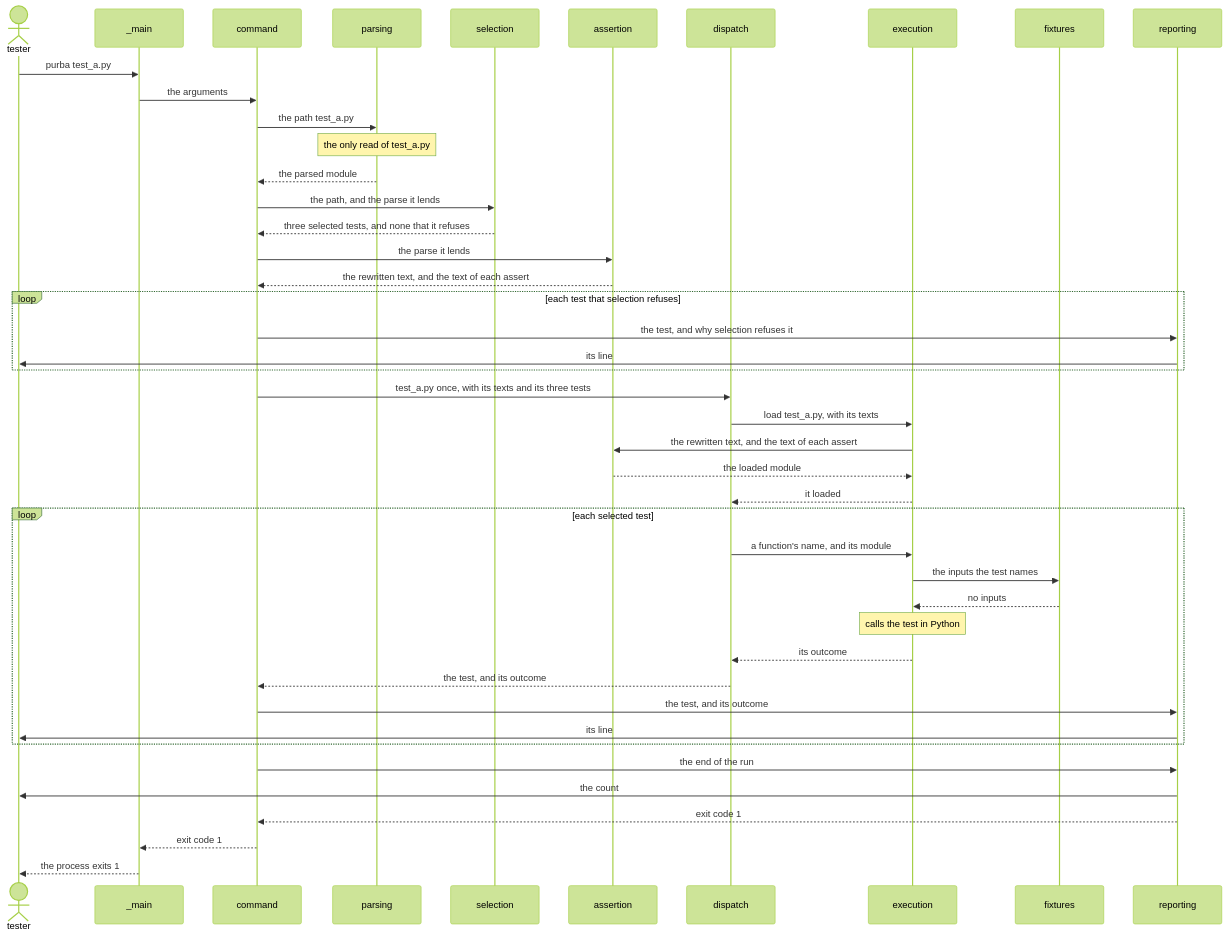
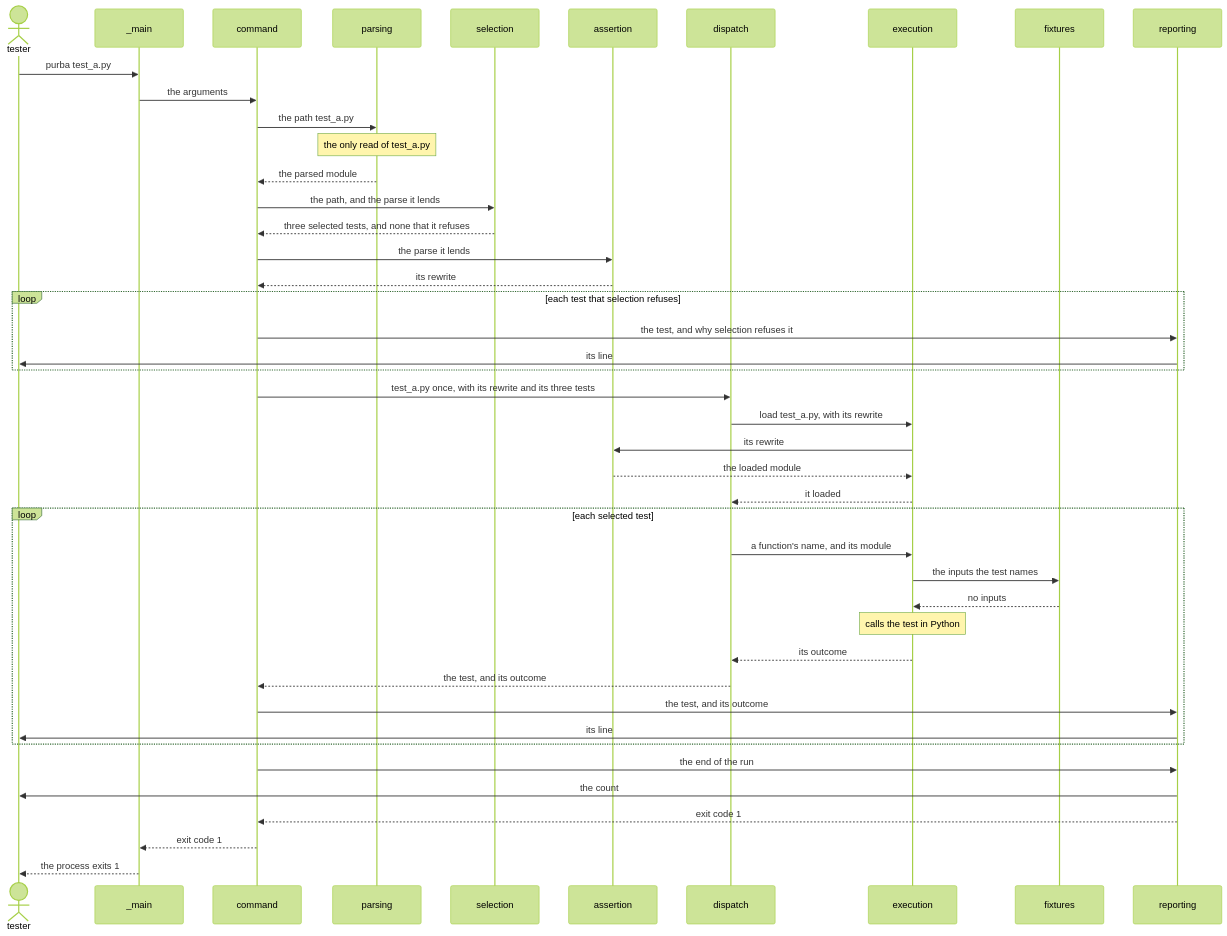
The third of 3 diagrams in LANDSCAPE.md (kalonji-tools/purba), drawn with Mermaid (forest theme) before and after one commit. The commit also changed 15 other files, not shown here.

First line of the commit message:
refactor: carry assertion's rewrite whole through each part (#720)

````diff
--- a/LANDSCAPE.md
+++ b/LANDSCAPE.md
@@ -85,46 +85,46 @@
 ```mermaid
 sequenceDiagram
   actor tester
   participant main as _main
   participant command
   participant parsing
   participant selection
   participant assertion
   participant dispatch
   participant execution
   participant fixtures
   participant reporting
   tester ->> main: purba test_a.py
   main ->> command: the arguments
   command ->> parsing: the path test_a.py
   Note over parsing: the only read of test_a.py
   parsing -->> command: the parsed module
   command ->> selection: the path, and the parse it lends
   selection -->> command: three selected tests, and none that it refuses
   command ->> assertion: the parse it lends
-  assertion -->> command: the rewritten text, and the text of each assert
+  assertion -->> command: its rewrite
   loop each test that selection refuses
     command ->> reporting: the test, and why selection refuses it
     reporting ->> tester: its line
   end
-  command ->> dispatch: test_a.py once, with its texts and its three tests
-  dispatch ->> execution: load test_a.py, with its texts
-  execution ->> assertion: the rewritten text, and the text of each assert
+  command ->> dispatch: test_a.py once, with its rewrite and its three tests
+  dispatch ->> execution: load test_a.py, with its rewrite
+  execution ->> assertion: its rewrite
   assertion -->> execution: the loaded module
   execution -->> dispatch: it loaded
   loop each selected test
     dispatch ->> execution: a function's name, and its module
     execution ->> fixtures: the inputs the test names
     fixtures -->> execution: no inputs
     Note over execution: calls the test in Python
     execution -->> dispatch: its outcome
     dispatch -->> command: the test, and its outcome
     command ->> reporting: the test, and its outcome
     reporting ->> tester: its line
   end
   command ->> reporting: the end of the run
   reporting ->> tester: the count
   reporting -->> command: exit code 1
   command -->> main: exit code 1
   main -->> tester: the process exits 1
 ```
````
